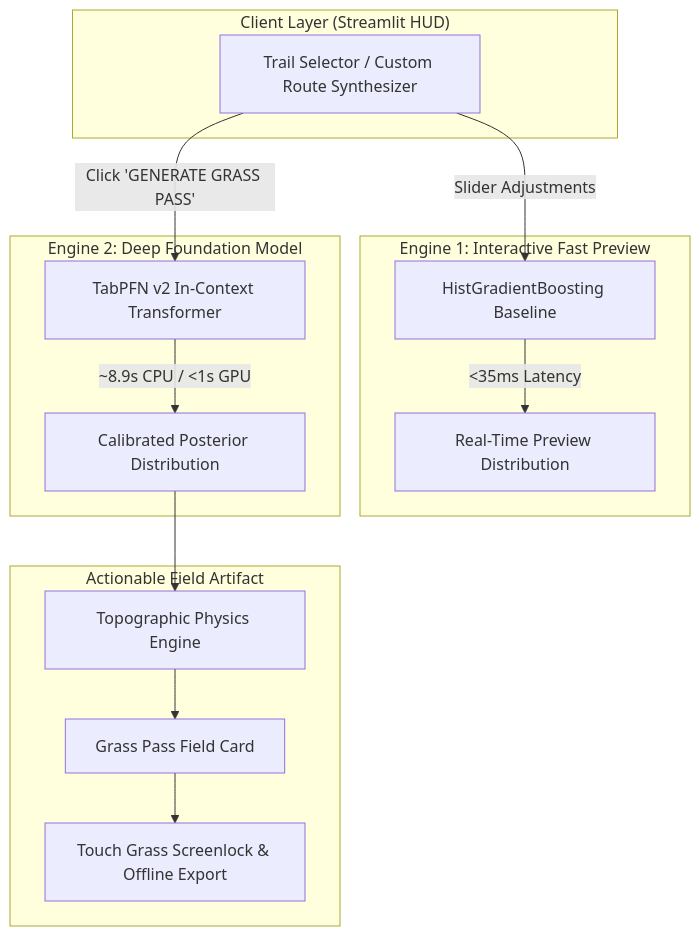
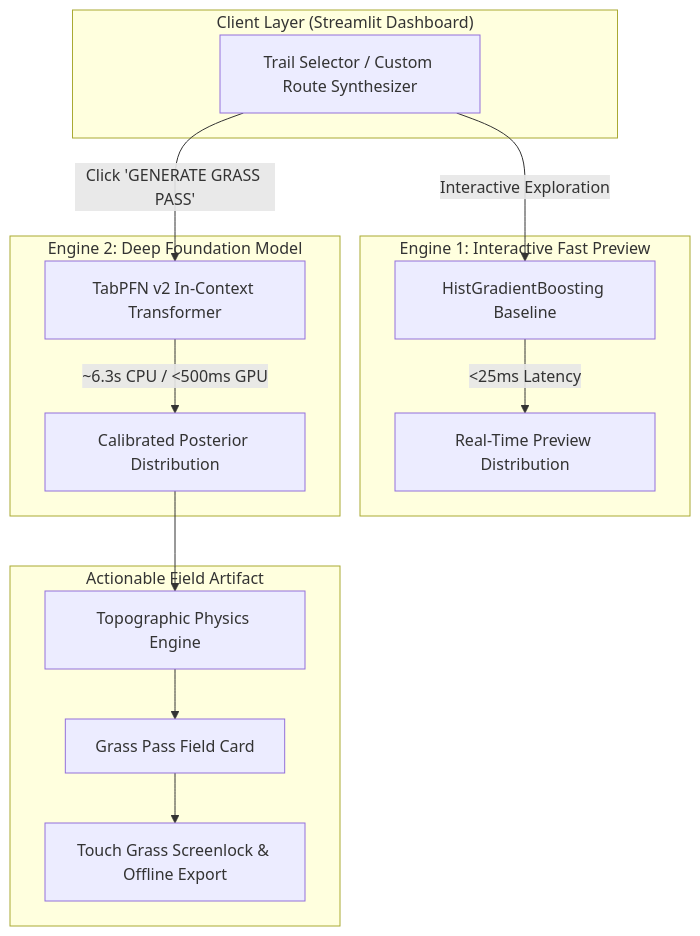
One commit to Aryanxp1/terrapfn changed the diagram in docs/DEV_SUBMISSION.md. Above: the diagram before and after it, drawn with Mermaid. The commit also changed other lines of this file and 4 other files, not shown here.

````diff
--- a/docs/DEV_SUBMISSION.md
+++ b/docs/DEV_SUBMISSION.md
@@ -65,24 +68,24 @@
 ```mermaid
 flowchart TD
-    subgraph UI ["Client Layer (Streamlit HUD)"]
+    subgraph UI ["Client Layer (Streamlit Dashboard)"]
         A[Trail Selector / Custom Route Synthesizer]
     end
 
     subgraph FastEngine ["Engine 1: Interactive Fast Preview"]
         B[HistGradientBoosting Baseline]
-        A -->|Slider Adjustments| B
-        B -->|<35ms Latency| C[Real-Time Preview Distribution]
+        A -->|Interactive Exploration| B
+        B -->|<25ms Latency| C[Real-Time Preview Distribution]
     end
 
     subgraph DeepEngine ["Engine 2: Deep Foundation Model"]
         D[TabPFN v2 In-Context Transformer]
         A -->|Click 'GENERATE GRASS PASS'| D
-        D -->|~8.9s CPU / <1s GPU| E[Calibrated Posterior Distribution]
+        D -->|~6.3s CPU / <500ms GPU| E[Calibrated Posterior Distribution]
     end
 
     subgraph Output ["Actionable Field Artifact"]
         E --> F[Topographic Physics Engine]
         F --> G[Grass Pass Field Card]
         G --> H[Touch Grass Screenlock & Offline Export]
     end
 ```
````
